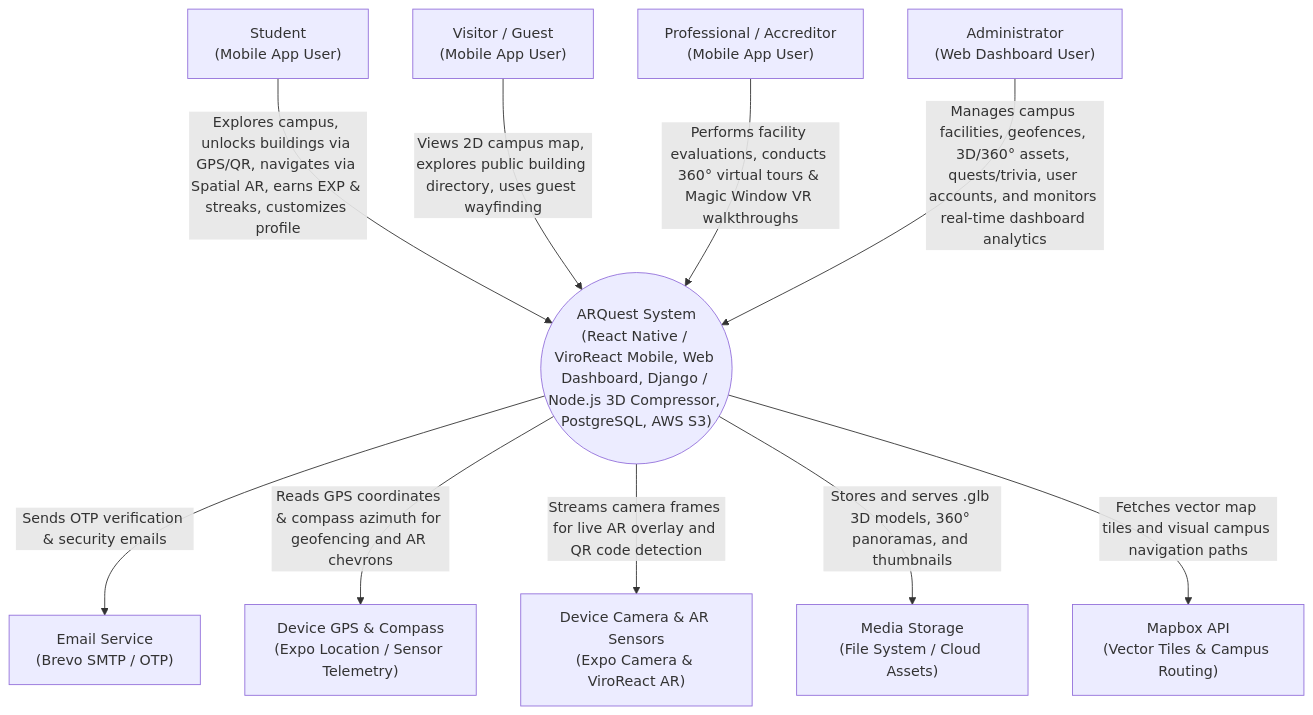
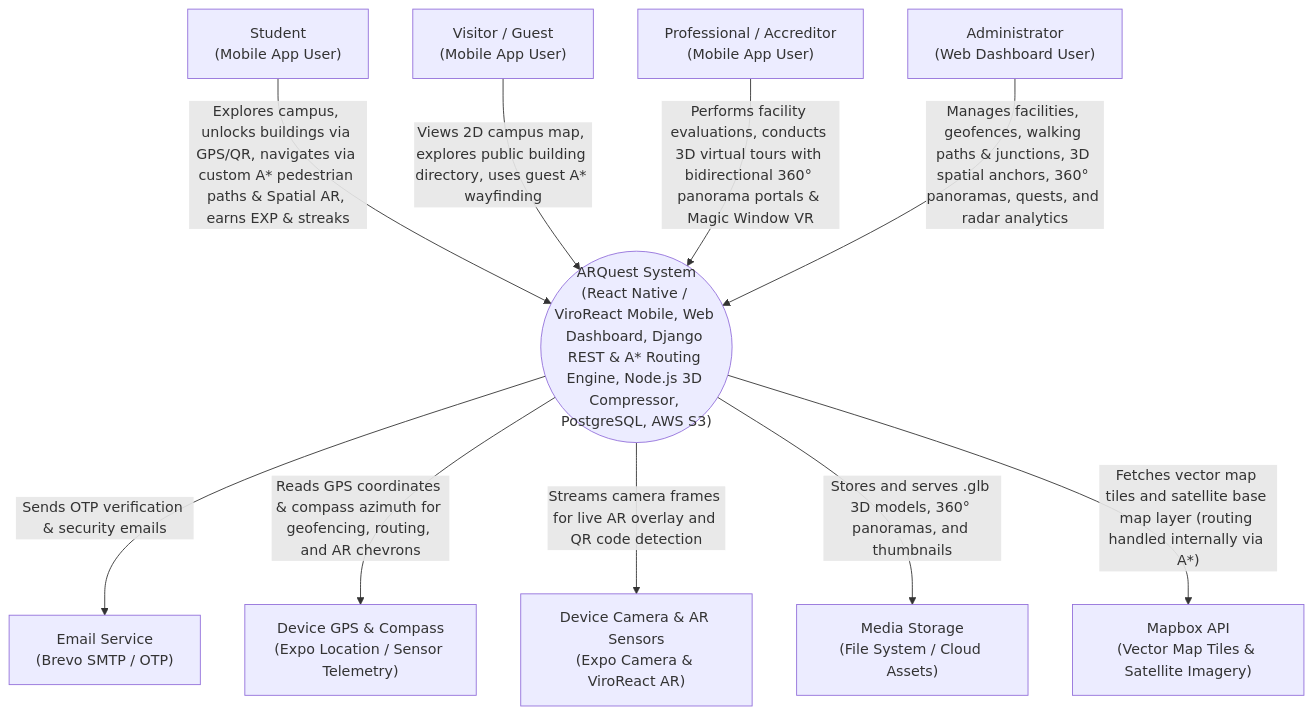
One commit to Cipher-Syntax/ARQuest changed the diagram in context-diagram.md. Above: the diagram before and after it, drawn with Mermaid. The commit also changed other lines of this file and 8 other files, not shown here.

Commit message:
docs: update system architecture, diagrams, and models for units 30 and 31

````diff
--- a/context-diagram.md
+++ b/context-diagram.md
@@ -11,37 +11,37 @@
 ```mermaid
 graph TD
     %% Actors
     Student["Student<br/>(Mobile App User)"]
     Visitor["Visitor / Guest<br/>(Mobile App User)"]
     Prof["Professional / Accreditor<br/>(Mobile App User)"]
     Admin["Administrator<br/>(Web Dashboard User)"]
 
     %% Core System
-    ARQuest(("ARQuest System<br/>(React Native / ViroReact Mobile, Web Dashboard, Django / Node.js 3D Compressor, PostgreSQL, AWS S3)"))
+    ARQuest(("ARQuest System<br/>(React Native / ViroReact Mobile, Web Dashboard, Django REST & A* Routing Engine, Node.js 3D Compressor, PostgreSQL, AWS S3)"))
 
     %% External Systems & Device Services
     EmailSvc["Email Service<br/>(Brevo SMTP / OTP)"]
     GPSSvc["Device GPS & Compass<br/>(Expo Location / Sensor Telemetry)"]
     CamSvc["Device Camera & AR Sensors<br/>(Expo Camera & ViroReact AR)"]
     MediaSvc["Media Storage<br/>(File System / Cloud Assets)"]
-    MapsSvc["Mapbox API<br/>(Vector Tiles & Campus Routing)"]
+    MapsSvc["Mapbox API<br/>(Vector Map Tiles & Satellite Imagery)"]
 
     %% Student Interactions
-    Student -- "Explores campus, unlocks buildings via GPS/QR, navigates via Spatial AR, earns EXP & streaks, customizes profile" --> ARQuest
+    Student -- "Explores campus, unlocks buildings via GPS/QR, navigates via custom A* pedestrian paths & Spatial AR, earns EXP & streaks" --> ARQuest
     
     %% Visitor Interactions
-    Visitor -- "Views 2D campus map, explores public building directory, uses guest wayfinding" --> ARQuest
+    Visitor -- "Views 2D campus map, explores public building directory, uses guest A* wayfinding" --> ARQuest
     
     %% Professional Interactions
-    Prof -- "Performs facility evaluations, conducts 360° virtual tours & Magic Window VR walkthroughs" --> ARQuest
+    Prof -- "Performs facility evaluations, conducts 3D virtual tours with bidirectional 360° panorama portals & Magic Window VR" --> ARQuest
     
     %% Admin Interactions
-    Admin -- "Manages campus facilities, geofences, 3D/360° assets, quests/trivia, user accounts, and monitors real-time dashboard analytics" --> ARQuest
+    Admin -- "Manages facilities, geofences, walking paths & junctions, 3D spatial anchors, 360° panoramas, quests, and radar analytics" --> ARQuest
 
     %% System to External Interactions
     ARQuest -- "Sends OTP verification & security emails" --> EmailSvc
-    ARQuest -- "Reads GPS coordinates & compass azimuth for geofencing and AR chevrons" --> GPSSvc
+    ARQuest -- "Reads GPS coordinates & compass azimuth for geofencing, routing, and AR chevrons" --> GPSSvc
     ARQuest -- "Streams camera frames for live AR overlay and QR code detection" --> CamSvc
     ARQuest -- "Stores and serves .glb 3D models, 360° panoramas, and thumbnails" --> MediaSvc
-    ARQuest -- "Fetches vector map tiles and visual campus navigation paths" --> MapsSvc
+    ARQuest -- "Fetches vector map tiles and satellite base map layer (routing handled internally via A*)" --> MapsSvc
 ```
````
